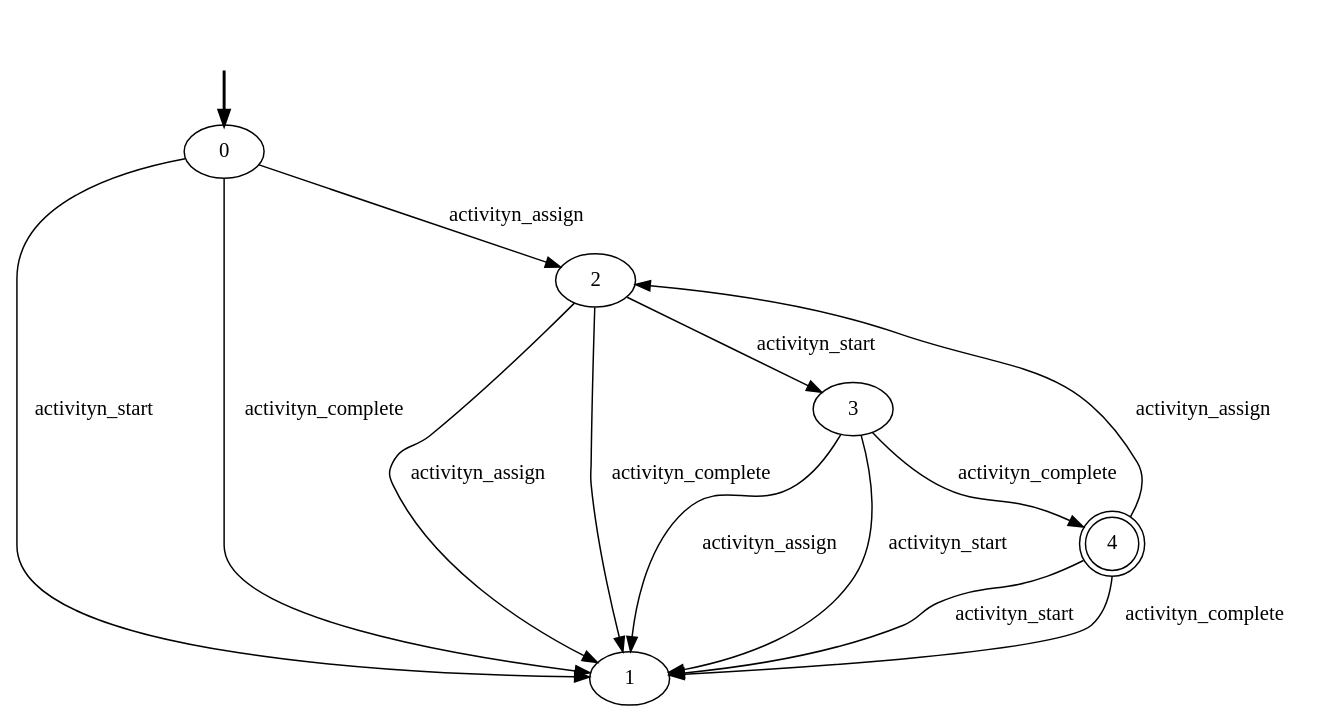
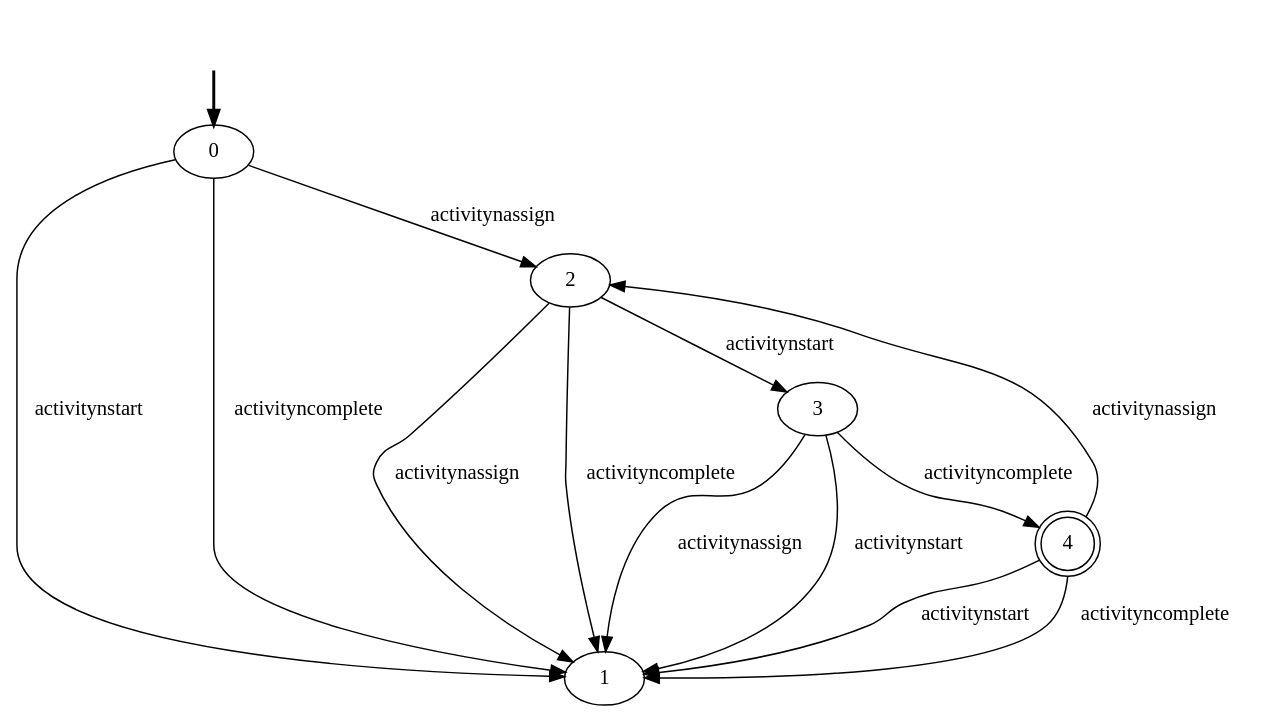
The diagram in Plan-based_Data_Aware_Declarative_Conf_Checker/resources/declarative-models/Data-Aware/5-CONSTRAINTS/activityn_lifecycle.dot (GianmarcoBordin/pddlTranslator), drawn with Graphviz before and after one commit. The commit also changed 246 other files, not shown here.

```diff
--- a/Plan-based_Data_Aware_Declarative_Conf_Checker/resources/declarative-models/Data-Aware/5-CONSTRAINTS/activityn_lifecycle.dot
+++ b/Plan-based_Data_Aware_Declarative_Conf_Checker/resources/declarative-models/Data-Aware/5-CONSTRAINTS/activityn_lifecycle.dot
@@ -1,21 +1,21 @@
 digraph {
-		fake0 [style=invisible]
-		0 [root=true]
-		1
-		2
-		3
-		4 [shape=doublecircle]
-		fake0 -> 0 [style=bold]
-		2 -> 1 [label=activityn_assign]
-		2 -> 3 [label=activityn_start]
-		2 -> 1 [label=activityn_complete]
-		3 -> 1 [label=activityn_assign]
-		3 -> 1 [label=activityn_start]
-		3 -> 4 [label=activityn_complete]
-		4 -> 2 [label=activityn_assign]
-		4 -> 1 [label=activityn_start]
-		4 -> 1 [label=activityn_complete]
-		0 -> 2 [label=activityn_assign]
-		0 -> 1 [label=activityn_start]
-		0 -> 1 [label=activityn_complete]
+	fake0 [style=invisible]
+	0 [root=true]
+	1
+	2
+	3
+	4 [shape=doublecircle]
+	fake0 -> 0 [style=bold]
+	2 -> 1 [label=activitynassign]
+	2 -> 3 [label=activitynstart]
+	2 -> 1 [label=activityncomplete]
+	3 -> 1 [label=activitynassign]
+	3 -> 1 [label=activitynstart]
+	3 -> 4 [label=activityncomplete]
+	4 -> 2 [label=activitynassign]
+	4 -> 1 [label=activitynstart]
+	4 -> 1 [label=activityncomplete]
+	0 -> 2 [label=activitynassign]
+	0 -> 1 [label=activitynstart]
+	0 -> 1 [label=activityncomplete]
 }
```
